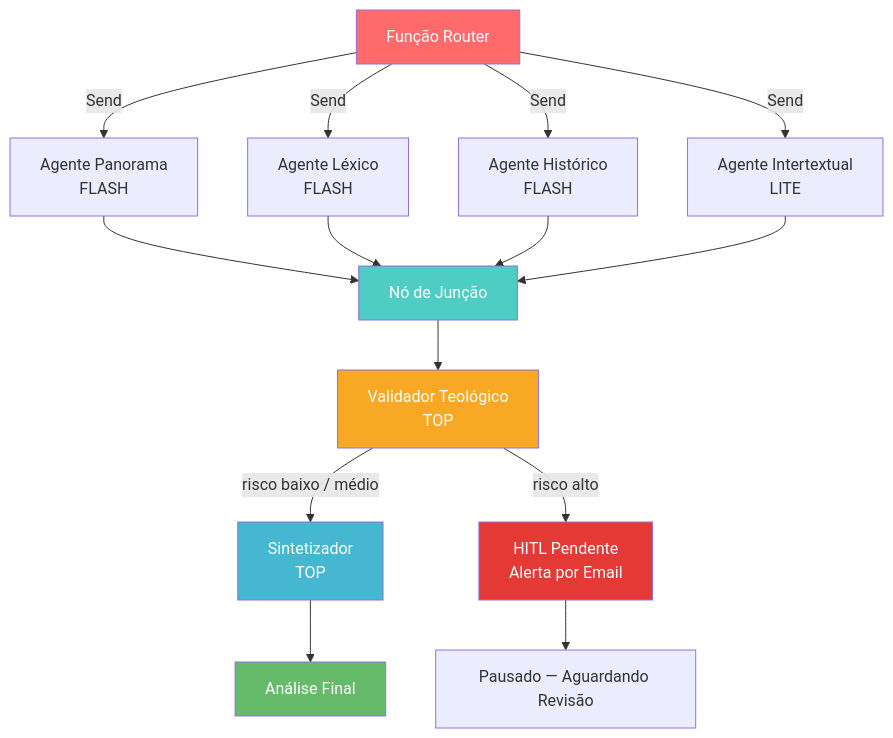
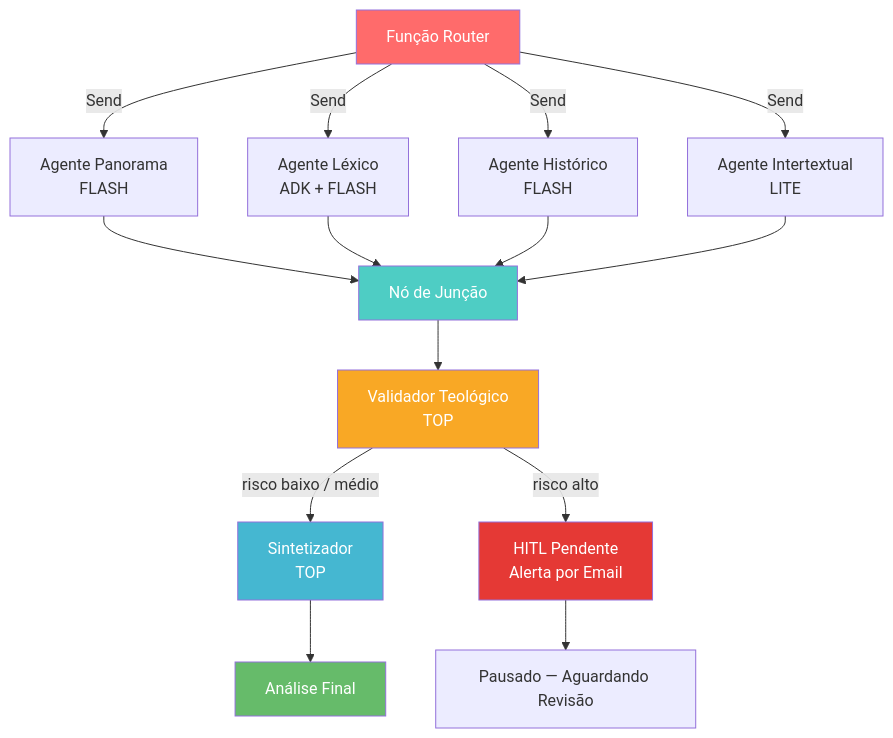
One commit to 235471/theological-langgraph-agent changed the diagram in README.pt-BR.md. Above: the diagram before and after it, drawn with Mermaid. The commit also changed other lines of this file and 9 other files, not shown here.

````diff
--- a/README.pt-BR.md
+++ b/README.pt-BR.md
@@ -40,26 +40,26 @@
 ```mermaid
 graph TD
     R[Função Router] -->|Send| P[Agente Panorama<br/>FLASH]
-    R -->|Send| L[Agente Léxico<br/>FLASH]
+    R -->|Send| L[Agente Léxico<br/>ADK + FLASH]
     R -->|Send| H[Agente Histórico<br/>FLASH]
     R -->|Send| I[Agente Intertextual<br/>LITE]
 
     P --> J[Nó de Junção]
     L --> J
     H --> J
     I --> J
 
     J --> V[Validador Teológico<br/>TOP]
     V -->|risco baixo / médio| S[Sintetizador<br/>TOP]
     V -->|risco alto| HITL[HITL Pendente<br/>Alerta por Email]
 
     S --> OUT[Análise Final]
     HITL --> END[Pausado — Aguardando Revisão]
 
     style R fill:#ff6b6b,color:#fff
     style J fill:#4ecdc4,color:#fff
     style V fill:#f9a825,color:#fff
     style S fill:#45b7d1,color:#fff
     style HITL fill:#e53935,color:#fff
     style OUT fill:#66bb6a,color:#fff
 ```
````
